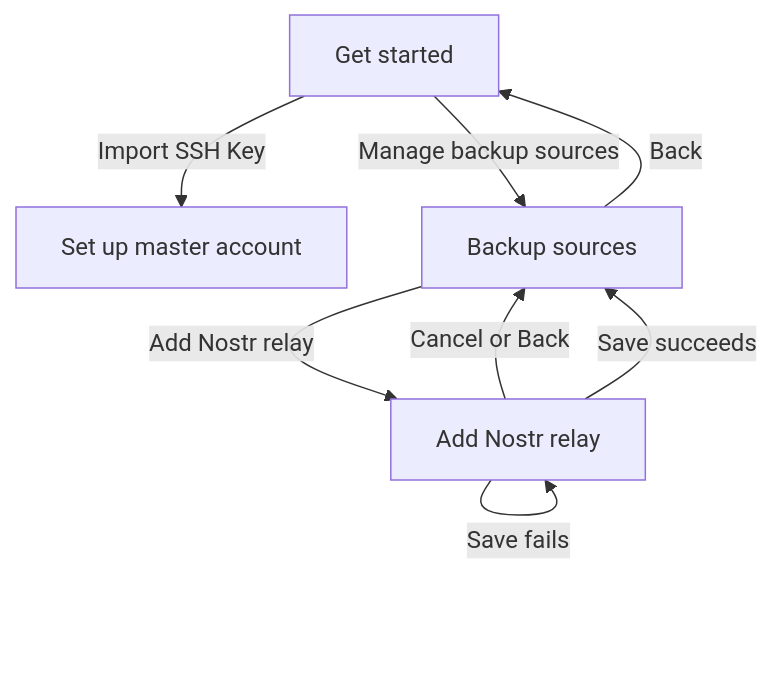
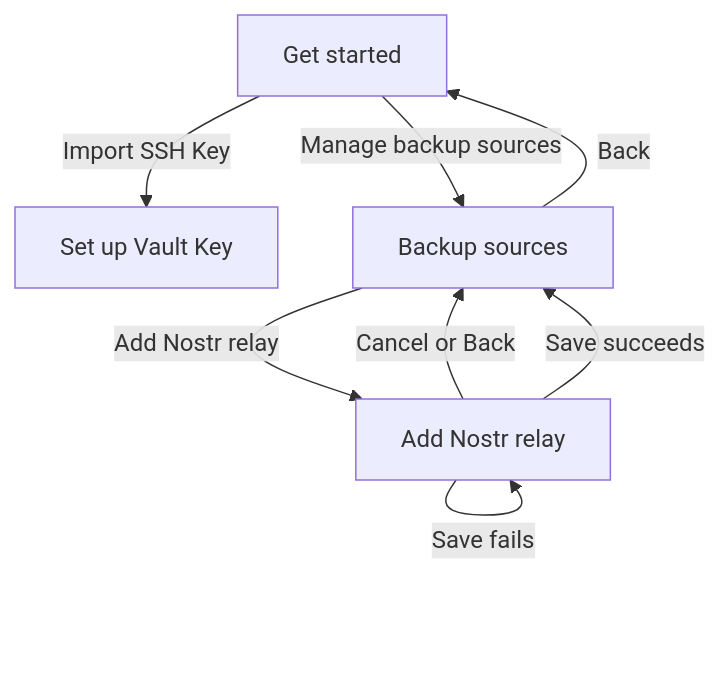
The diagram in plans/source-management-ui-plan.md (ZenTenApp/vault-kotlin), drawn with Mermaid before and after one commit. The commit also changed other lines of this file and 74 other files, not shown here.

Commit message:
refactor(vault-key): replace master terminology

````diff
--- a/plans/source-management-ui-plan.md
+++ b/plans/source-management-ui-plan.md
@@ -77,10 +77,10 @@
 ```mermaid
 flowchart TD
-    G[Get started] -->|Import SSH Key| S[Set up master account]
+    G[Get started] -->|Import SSH Key| S[Set up Vault Key]
     G -->|Manage backup sources| L[Backup sources]
     L -->|Back| G
     L -->|Add Nostr relay| A[Add Nostr relay]
     A -->|Cancel or Back| L
     A -->|Save succeeds| L
     A -->|Save fails| A
 ```
````
